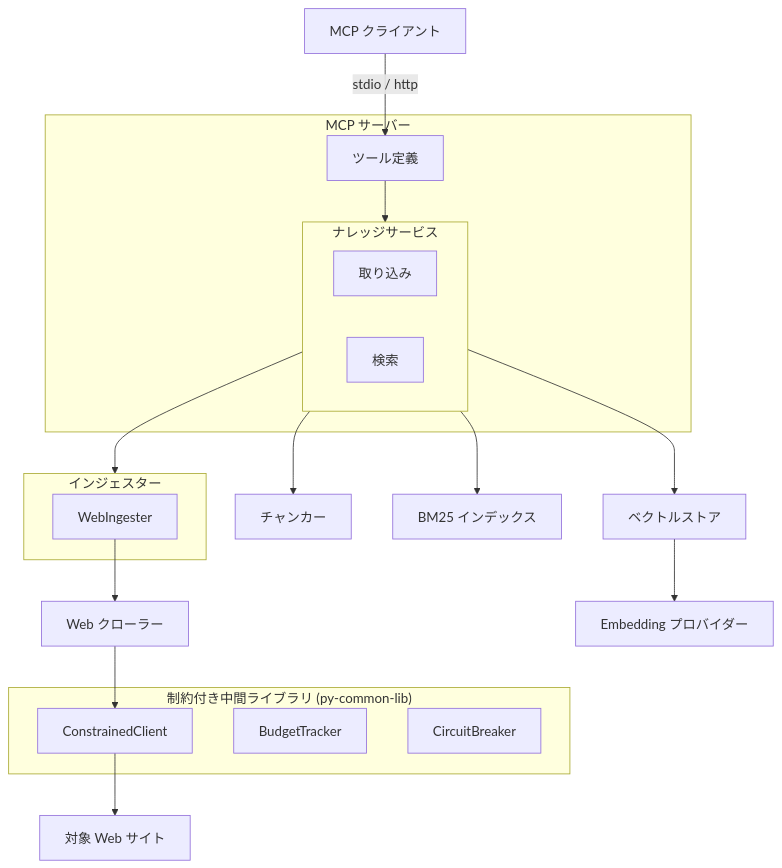
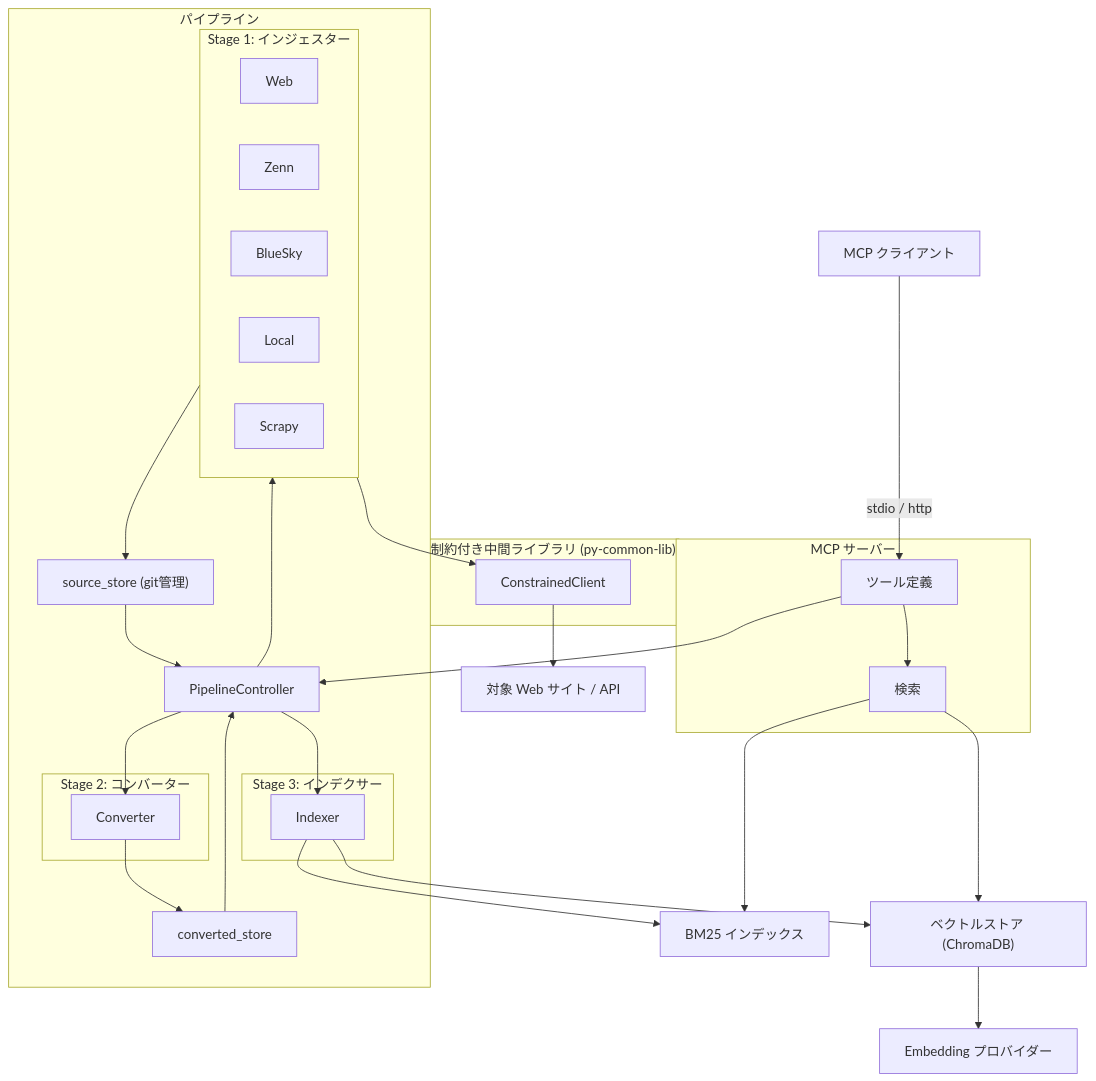
The first of 4 diagrams in docs/specs/rag-knowledge.md (becky3/rag-knowledge), drawn with Mermaid before and after one commit. The commit also changed other lines of this file and 29 other files, not shown here.

````diff
--- a/docs/specs/rag-knowledge.md
+++ b/docs/specs/rag-knowledge.md
@@ -170,41 +171,60 @@
 ```mermaid
 flowchart TB
     CLIENT["MCP クライアント"]
 
     subgraph MCP["MCP サーバー"]
         TOOLS["ツール定義"]
-        subgraph Service["ナレッジサービス"]
-            INGEST["取り込み"]
-            RETRIEVE["検索"]
+        RETRIEVE["検索"]
+    end
+
+    subgraph Pipeline["パイプライン"]
+        PC["PipelineController"]
+
+        subgraph Stage1["Stage 1: インジェスター"]
+            ING_WEB["Web"]
+            ING_ZENN["Zenn"]
+            ING_BS["BlueSky"]
+            ING_LOCAL["Local"]
+            ING_SITE["Scrapy"]
+        end
+
+        SS["source_store (git管理)"]
+
+        subgraph Stage2["Stage 2: コンバーター"]
+            CONV["Converter"]
+        end
+
+        CS["converted_store"]
+
+        subgraph Stage3["Stage 3: インデクサー"]
+            IDX["Indexer"]
         end
     end
 
-    subgraph Ingesters["インジェスター"]
-        WING["WebIngester"]
+    subgraph Safety["制約付き中間ライブラリ (py-common-lib)"]
+        CC["ConstrainedClient"]
     end
 
-    CRAWLER["Web クローラー"]
-
-    subgraph Safety["制約付き中間ライブラリ (py-common-lib)"]
-        CC["ConstrainedClient"]
-        BT["BudgetTracker"]
-        CB["CircuitBreaker"]
-    end
-
-    CHUNKER["チャンカー"]
-    VECTOR["ベクトルストア"]
+    VECTOR["ベクトルストア (ChromaDB)"]
     BM25["BM25 インデックス"]
     EMBED["Embedding プロバイダー"]
-    WEB["対象 Web サイト"]
+    WEB["対象 Web サイト / API"]
 
     CLIENT -->|stdio / http| TOOLS
-    TOOLS --> Service
-    Service --> Ingesters
-    WING --> CRAWLER
-    CRAWLER --> CC
+    TOOLS --> PC
+    TOOLS --> RETRIEVE
+    PC --> Stage1
+    Stage1 --> SS
+    SS --> PC
+    PC --> CONV
+    CONV --> CS
+    CS --> PC
+    PC --> IDX
+    IDX --> VECTOR
+    IDX --> BM25
+    VECTOR --> EMBED
+    RETRIEVE --> VECTOR
+    RETRIEVE --> BM25
+    Stage1 --> CC
     CC --> WEB
-    Service --> CHUNKER
-    Service --> VECTOR
-    Service --> BM25
-    VECTOR --> EMBED
 ```
````
